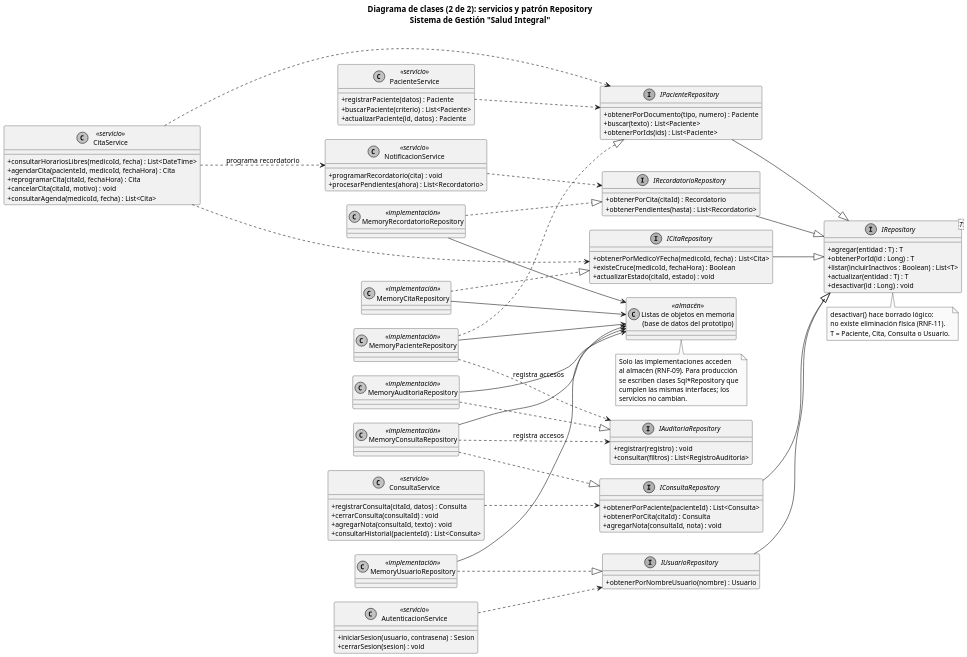
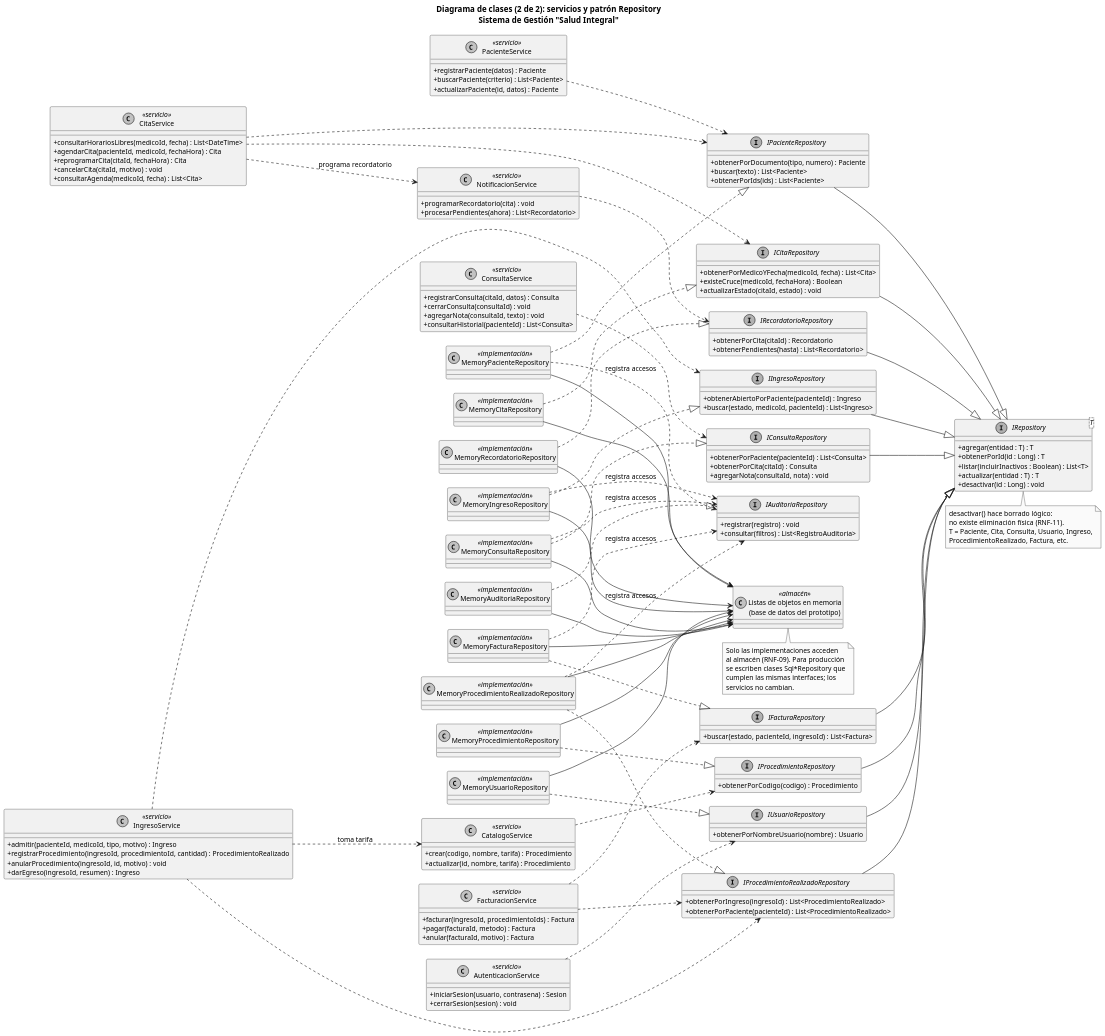
Before and after one commit to JNACHO2001/consultorio-medico: the diagram in docs/uml/02b_clases_repository.puml, drawn with PlantUML.

Commit message:
docs(uml): 02b_clases_repository con ingresos, procedimientos y facturación

```diff
--- a/docs/uml/02b_clases_repository.puml
+++ b/docs/uml/02b_clases_repository.puml
@@ -35,6 +35,24 @@
   + consultarHistorial(pacienteId) : List<Consulta>
 }
 
+class IngresoService <<servicio>> {
+  + admitir(pacienteId, medicoId, tipo, motivo) : Ingreso
+  + registrarProcedimiento(ingresoId, procedimientoId, cantidad) : ProcedimientoRealizado
+  + anularProcedimiento(ingresoId, id, motivo) : void
+  + darEgreso(ingresoId, resumen) : Ingreso
+}
+
+class FacturacionService <<servicio>> {
+  + facturar(ingresoId, procedimientoIds) : Factura
+  + pagar(facturaId, metodo) : Factura
+  + anular(facturaId, motivo) : Factura
+}
+
+class CatalogoService <<servicio>> {
+  + crear(codigo, nombre, tarifa) : Procedimiento
+  + actualizar(id, nombre, tarifa) : Procedimiento
+}
+
 class NotificacionService <<servicio>> {
   + programarRecordatorio(cita) : void
   + procesarPendientes(ahora) : List<Recordatorio>
@@ -62,6 +80,24 @@
   + obtenerPorPaciente(pacienteId) : List<Consulta>
   + obtenerPorCita(citaId) : Consulta
   + agregarNota(consultaId, nota) : void
+}
+
+interface IIngresoRepository {
+  + obtenerAbiertoPorPaciente(pacienteId) : Ingreso
+  + buscar(estado, medicoId, pacienteId) : List<Ingreso>
+}
+
+interface IProcedimientoRealizadoRepository {
+  + obtenerPorIngreso(ingresoId) : List<ProcedimientoRealizado>
+  + obtenerPorPaciente(pacienteId) : List<ProcedimientoRealizado>
+}
+
+interface IFacturaRepository {
+  + buscar(estado, pacienteId, ingresoId) : List<Factura>
+}
+
+interface IProcedimientoRepository {
+  + obtenerPorCodigo(codigo) : Procedimiento
 }
 
 interface IUsuarioRepository {
@@ -93,6 +129,10 @@
 class MemoryUsuarioRepository <<implementación>>
 class MemoryRecordatorioRepository <<implementación>>
 class MemoryAuditoriaRepository <<implementación>>
+class MemoryIngresoRepository <<implementación>>
+class MemoryProcedimientoRealizadoRepository <<implementación>>
+class MemoryFacturaRepository <<implementación>>
+class MemoryProcedimientoRepository <<implementación>>
 
 class "Listas de objetos en memoria\n(base de datos del prototipo)" as BD <<almacén>>
 
@@ -104,6 +144,12 @@
 AutenticacionService ..> IUsuarioRepository
 NotificacionService ..> IRecordatorioRepository
 CitaService ..> NotificacionService : programa recordatorio
+IngresoService ..> IIngresoRepository
+IngresoService ..> IProcedimientoRealizadoRepository
+IngresoService ..> CatalogoService : toma tarifa
+FacturacionService ..> IFacturaRepository
+FacturacionService ..> IProcedimientoRealizadoRepository
+CatalogoService ..> IProcedimientoRepository
 
 ' Interfaz genérica común (T = entidad)
 IPacienteRepository --|> IRepository
@@ -111,6 +157,10 @@
 IConsultaRepository --|> IRepository
 IUsuarioRepository --|> IRepository
 IRecordatorioRepository --|> IRepository
+IIngresoRepository --|> IRepository
+IProcedimientoRealizadoRepository --|> IRepository
+IFacturaRepository --|> IRepository
+IProcedimientoRepository --|> IRepository
 
 ' Implementaciones
 MemoryPacienteRepository ..|> IPacienteRepository
@@ -119,10 +169,17 @@
 MemoryUsuarioRepository ..|> IUsuarioRepository
 MemoryRecordatorioRepository ..|> IRecordatorioRepository
 MemoryAuditoriaRepository ..|> IAuditoriaRepository
+MemoryIngresoRepository ..|> IIngresoRepository
+MemoryProcedimientoRealizadoRepository ..|> IProcedimientoRealizadoRepository
+MemoryFacturaRepository ..|> IFacturaRepository
+MemoryProcedimientoRepository ..|> IProcedimientoRepository
 
 ' Auditoría disparada desde el repositorio (RF-13)
 MemoryPacienteRepository ..> IAuditoriaRepository : registra accesos
 MemoryConsultaRepository ..> IAuditoriaRepository : registra accesos
+MemoryIngresoRepository ..> IAuditoriaRepository : registra accesos
+MemoryProcedimientoRealizadoRepository ..> IAuditoriaRepository : registra accesos
+MemoryFacturaRepository ..> IAuditoriaRepository : registra accesos
 
 MemoryPacienteRepository --> BD
 MemoryCitaRepository --> BD
@@ -130,11 +187,16 @@
 MemoryUsuarioRepository --> BD
 MemoryRecordatorioRepository --> BD
 MemoryAuditoriaRepository --> BD
+MemoryIngresoRepository --> BD
+MemoryProcedimientoRealizadoRepository --> BD
+MemoryFacturaRepository --> BD
+MemoryProcedimientoRepository --> BD
 
 note bottom of IRepository
   desactivar() hace borrado lógico:
   no existe eliminación física (RNF-11).
-  T = Paciente, Cita, Consulta o Usuario.
+  T = Paciente, Cita, Consulta, Usuario, Ingreso,
+  ProcedimientoRealizado, Factura, etc.
 end note
 
 note bottom of BD
```
